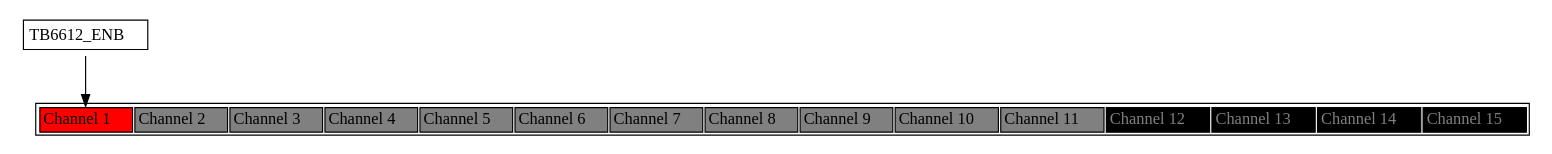
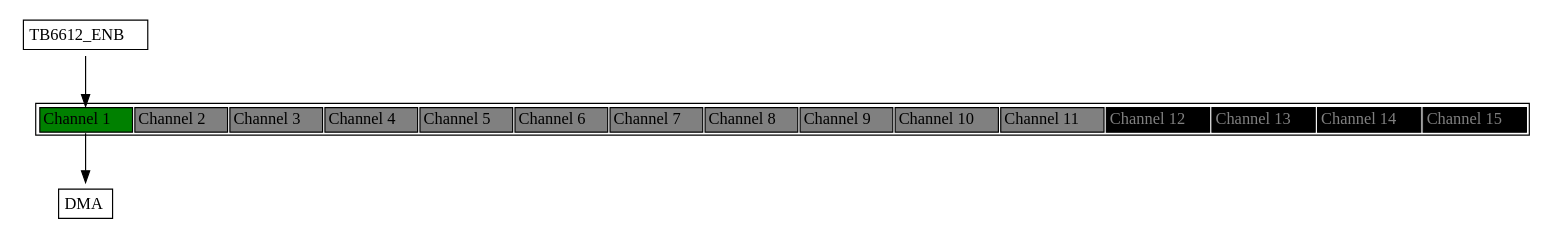
The diagram in board/empty/Event.dot (zhenkun-cnm/MSPM0), drawn with Graphviz before and after one commit. The commit also changed 11 other files, not shown here.

```diff
--- a/board/empty/Event.dot
+++ b/board/empty/Event.dot
@@ -1,39 +1,47 @@
 
 
 digraph H {
 
   parent [
    shape=plaintext
    label=<
      <table border='1' cellborder='1'>
        <tr>
-            <td bgcolor="red" port='chan_1'>Channel 1</td>
+            <td bgcolor="green" port='chan_1'>Channel 1</td>
             <td bgcolor="grey" port='chan_2'>Channel 2</td>
             <td bgcolor="grey" port='chan_3'>Channel 3</td>
             <td bgcolor="grey" port='chan_4'>Channel 4</td>
             <td bgcolor="grey" port='chan_5'>Channel 5</td>
             <td bgcolor="grey" port='chan_6'>Channel 6</td>
             <td bgcolor="grey" port='chan_7'>Channel 7</td>
             <td bgcolor="grey" port='chan_8'>Channel 8</td>
             <td bgcolor="grey" port='chan_9'>Channel 9</td>
             <td bgcolor="grey" port='chan_10'>Channel 10</td>
             <td bgcolor="grey" port='chan_11'>Channel 11</td>
             <td bgcolor="black" port='chan_12'><font color="grey">Channel 12</font></td>
             <td bgcolor="black" port='chan_13'><font color="grey">Channel 13</font></td>
             <td bgcolor="black" port='chan_14'><font color="grey">Channel 14</font></td>
             <td bgcolor="black" port='chan_15'><font color="grey">Channel 15</font></td>
          </tr>
      </table>
   >];
 
 pub_chan_1 [
     shape=plaintext
     label=<
     <table border='1'  cellborder='0'>
       <tr><td>TB6612_ENB</td></tr>
     </table>
     >];
 pub_chan_1 -> parent: chan_1;
 
+sub_chan_1_0 [
+  shape=plaintext
+  label=<
+    <table border='1'  cellborder='0'>
+      <tr><td>DMA</td></tr>
+    </table>
+  >];
+parent: chan_1 -> sub_chan_1_0;
 
 }
```
